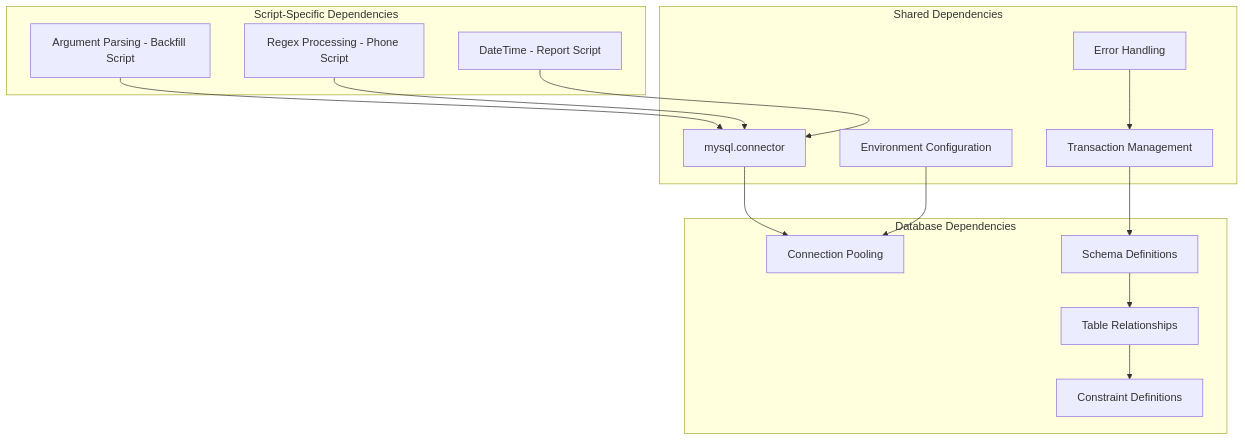
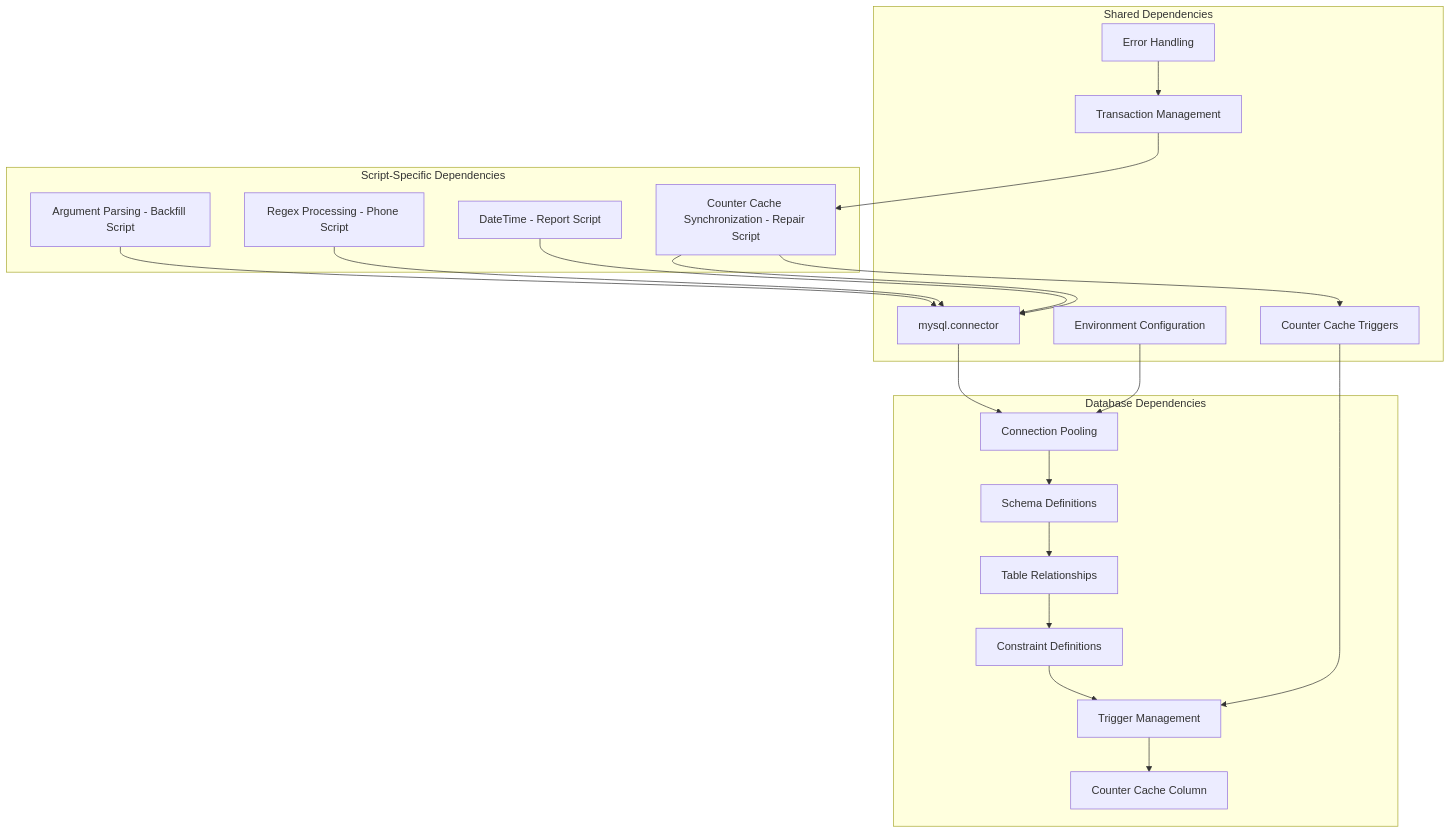
The eighth of 8 diagrams in .qoder/repowiki/en/content/Data Models & Database Design/Database Architecture & Connection Management/Database Integrity Maintenance Scripts.md (luiseduacosta/nodemural), drawn with Mermaid before and after one commit. The commit also changed other lines of this file and 16 other files, not shown here.

````diff
--- a/.qoder/repowiki/en/content/Data Models & Database Design/Database Architecture & Connection Management/Database Integrity Maintenance Scripts.md
+++ b/.qoder/repowiki/en/content/Data Models & Database Design/Database Architecture & Connection Management/Database Integrity Maintenance Scripts.md
@@ -307,29 +375,39 @@
 ```mermaid
 graph TB
 subgraph "Shared Dependencies"
 A[mysql.connector]
 B[Environment Configuration]
 C[Error Handling]
 D[Transaction Management]
+E[Counter Cache Triggers]
 end
 subgraph "Script-Specific Dependencies"
-E[Argument Parsing - Backfill Script]
-F[Regex Processing - Phone Script]
-G[DateTime - Report Script]
+F[Argument Parsing - Backfill Script]
+G[Regex Processing - Phone Script]
+H[DateTime - Report Script]
+I[Counter Cache Synchronization - Repair Script]
 end
 subgraph "Database Dependencies"
-H[Connection Pooling]
-I[Schema Definitions]
-J[Table Relationships]
-K[Constraint Definitions]
+J[Connection Pooling]
+K[Schema Definitions]
+L[Table Relationships]
+M[Constraint Definitions]
+N[Trigger Management]
+O[Counter Cache Column]
 end
-A --> H
-B --> H
+A --> J
+B --> J
 C --> D
 D --> I
-I --> J
+I --> E
+E --> N
+N --> O
 J --> K
-E --> A
+K --> L
+L --> M
+M --> N
 F --> A
 G --> A
+H --> A
+I --> A
 ```
````
